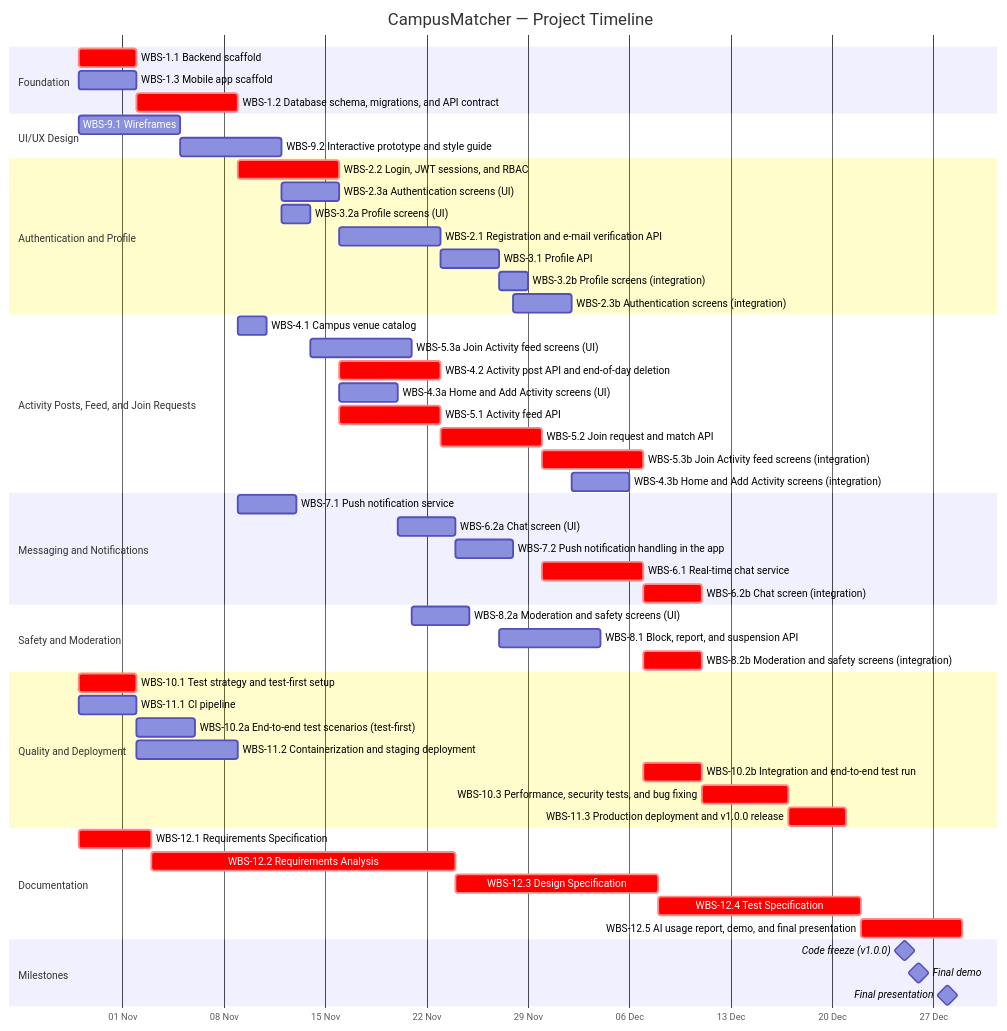
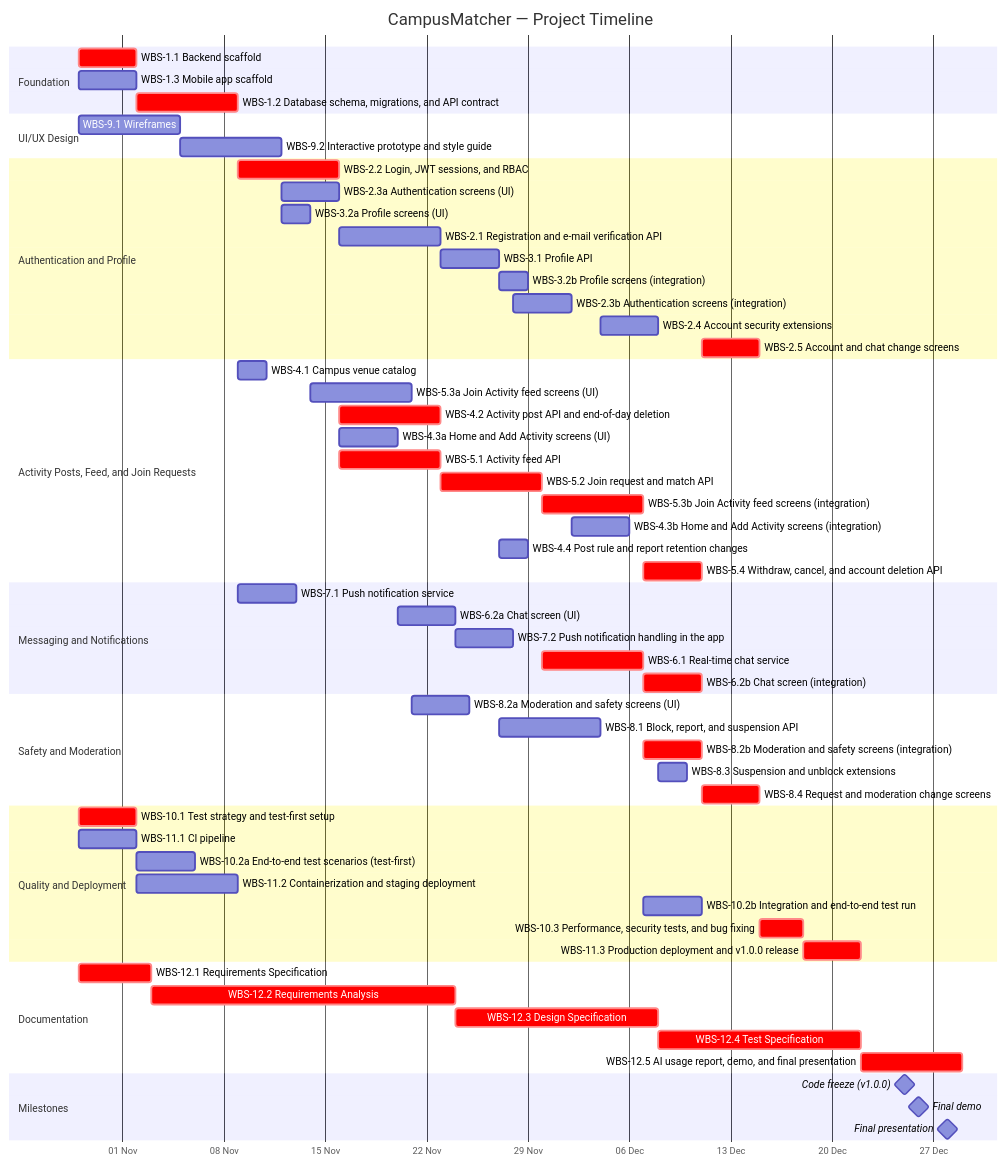
Before and after one commit to DurukanEnes/campus-matcher: the second of 2 diagrams in docs/ProjectPlan.md, drawn with Mermaid. The commit also changed other lines of this file, not shown here.

````diff
--- a/docs/ProjectPlan.md
+++ b/docs/ProjectPlan.md
@@ -613,58 +681,64 @@
 ```mermaid
 gantt
     title CampusMatcher — Project Timeline
     dateFormat YYYY-MM-DD
     axisFormat %d %b
     section Foundation
     WBS-1.1 Backend scaffold :crit, w1_1, 2026-10-29, 4d
     WBS-1.3 Mobile app scaffold :w1_3, 2026-10-29, 4d
     WBS-1.2 Database schema, migrations, and API contract :crit, w1_2, 2026-11-02, 7d
     section UI/UX Design
     WBS-9.1 Wireframes :w9_1, 2026-10-29, 7d
     WBS-9.2 Interactive prototype and style guide :w9_2, 2026-11-05, 7d
     section Authentication and Profile
     WBS-2.2 Login, JWT sessions, and RBAC :crit, w2_2, 2026-11-09, 7d
     WBS-2.3a Authentication screens (UI) :w2_3a, 2026-11-12, 4d
     WBS-3.2a Profile screens (UI) :w3_2a, 2026-11-12, 2d
     WBS-2.1 Registration and e-mail verification API :w2_1, 2026-11-16, 7d
     WBS-3.1 Profile API :w3_1, 2026-11-23, 4d
     WBS-3.2b Profile screens (integration) :w3_2b, 2026-11-27, 2d
     WBS-2.3b Authentication screens (integration) :w2_3b, 2026-11-28, 4d
+    WBS-2.4 Account security extensions :w2_4, 2026-12-04, 4d
+    WBS-2.5 Account and chat change screens :crit, w2_5, 2026-12-11, 4d
     section Activity Posts, Feed, and Join Requests
     WBS-4.1 Campus venue catalog :w4_1, 2026-11-09, 2d
     WBS-5.3a Join Activity feed screens (UI) :w5_3a, 2026-11-14, 7d
     WBS-4.2 Activity post API and end-of-day deletion :crit, w4_2, 2026-11-16, 7d
     WBS-4.3a Home and Add Activity screens (UI) :w4_3a, 2026-11-16, 4d
     WBS-5.1 Activity feed API :crit, w5_1, 2026-11-16, 7d
     WBS-5.2 Join request and match API :crit, w5_2, 2026-11-23, 7d
     WBS-5.3b Join Activity feed screens (integration) :crit, w5_3b, 2026-11-30, 7d
     WBS-4.3b Home and Add Activity screens (integration) :w4_3b, 2026-12-02, 4d
+    WBS-4.4 Post rule and report retention changes :w4_4, 2026-11-27, 2d
+    WBS-5.4 Withdraw, cancel, and account deletion API :crit, w5_4, 2026-12-07, 4d
     section Messaging and Notifications
     WBS-7.1 Push notification service :w7_1, 2026-11-09, 4d
     WBS-6.2a Chat screen (UI) :w6_2a, 2026-11-20, 4d
     WBS-7.2 Push notification handling in the app :w7_2, 2026-11-24, 4d
     WBS-6.1 Real-time chat service :crit, w6_1, 2026-11-30, 7d
     WBS-6.2b Chat screen (integration) :crit, w6_2b, 2026-12-07, 4d
     section Safety and Moderation
     WBS-8.2a Moderation and safety screens (UI) :w8_2a, 2026-11-21, 4d
     WBS-8.1 Block, report, and suspension API :w8_1, 2026-11-27, 7d
     WBS-8.2b Moderation and safety screens (integration) :crit, w8_2b, 2026-12-07, 4d
+    WBS-8.3 Suspension and unblock extensions :w8_3, 2026-12-08, 2d
+    WBS-8.4 Request and moderation change screens :crit, w8_4, 2026-12-11, 4d
     section Quality and Deployment
     WBS-10.1 Test strategy and test-first setup :crit, w10_1, 2026-10-29, 4d
     WBS-11.1 CI pipeline :w11_1, 2026-10-29, 4d
     WBS-10.2a End-to-end test scenarios (test-first) :w10_2a, 2026-11-02, 4d
     WBS-11.2 Containerization and staging deployment :w11_2, 2026-11-02, 7d
-    WBS-10.2b Integration and end-to-end test run :crit, w10_2b, 2026-12-07, 4d
-    WBS-10.3 Performance, security tests, and bug fixing :crit, w10_3, 2026-12-11, 6d
-    WBS-11.3 Production deployment and v1.0.0 release :crit, w11_3, 2026-12-17, 4d
+    WBS-10.2b Integration and end-to-end test run :w10_2b, 2026-12-07, 4d
+    WBS-10.3 Performance, security tests, and bug fixing :crit, w10_3, 2026-12-15, 3d
+    WBS-11.3 Production deployment and v1.0.0 release :crit, w11_3, 2026-12-18, 4d
     section Documentation
     WBS-12.1 Requirements Specification :crit, d121, 2026-10-29, 5d
     WBS-12.2 Requirements Analysis :crit, d122, 2026-11-03, 21d
     WBS-12.3 Design Specification :crit, d123, 2026-11-24, 14d
     WBS-12.4 Test Specification :crit, d124, 2026-12-08, 14d
     WBS-12.5 AI usage report, demo, and final presentation :crit, d125, 2026-12-22, 7d
     section Milestones
     Code freeze (v1.0.0) :milestone, m1, 2026-12-25, 0d
     Final demo :milestone, m2, 2026-12-26, 0d
     Final presentation :milestone, m3, 2026-12-28, 0d
 ```
````
